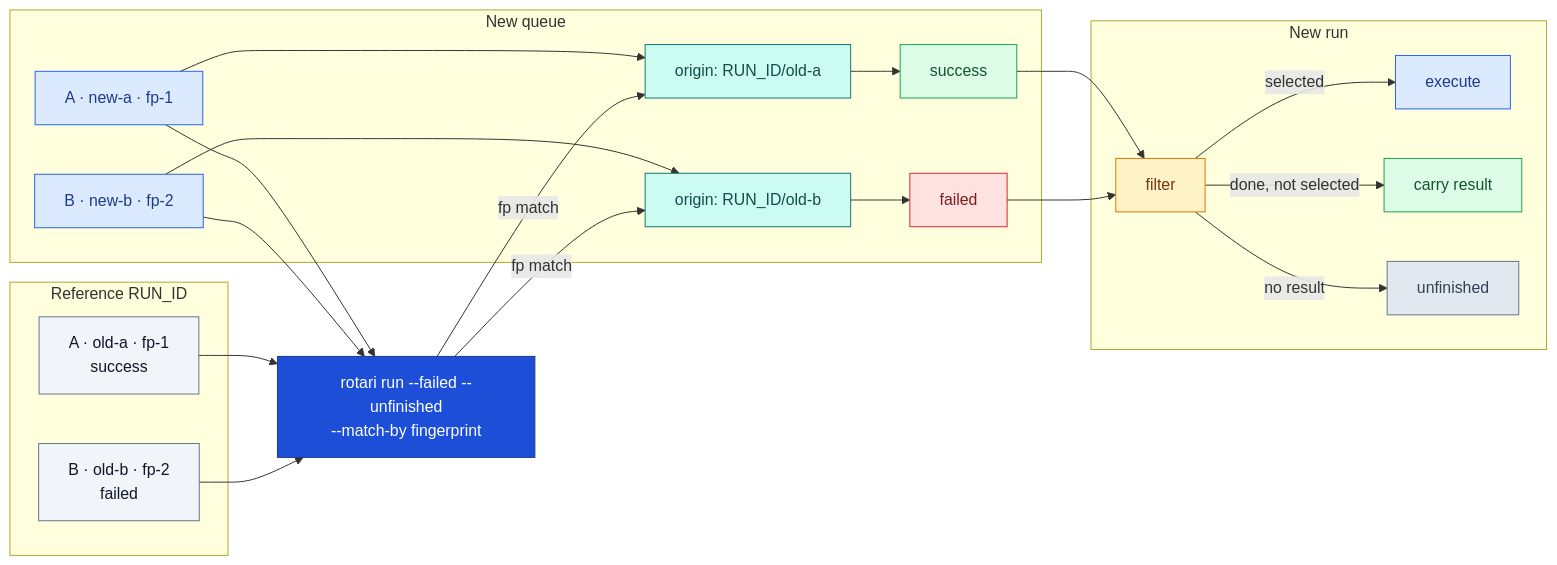
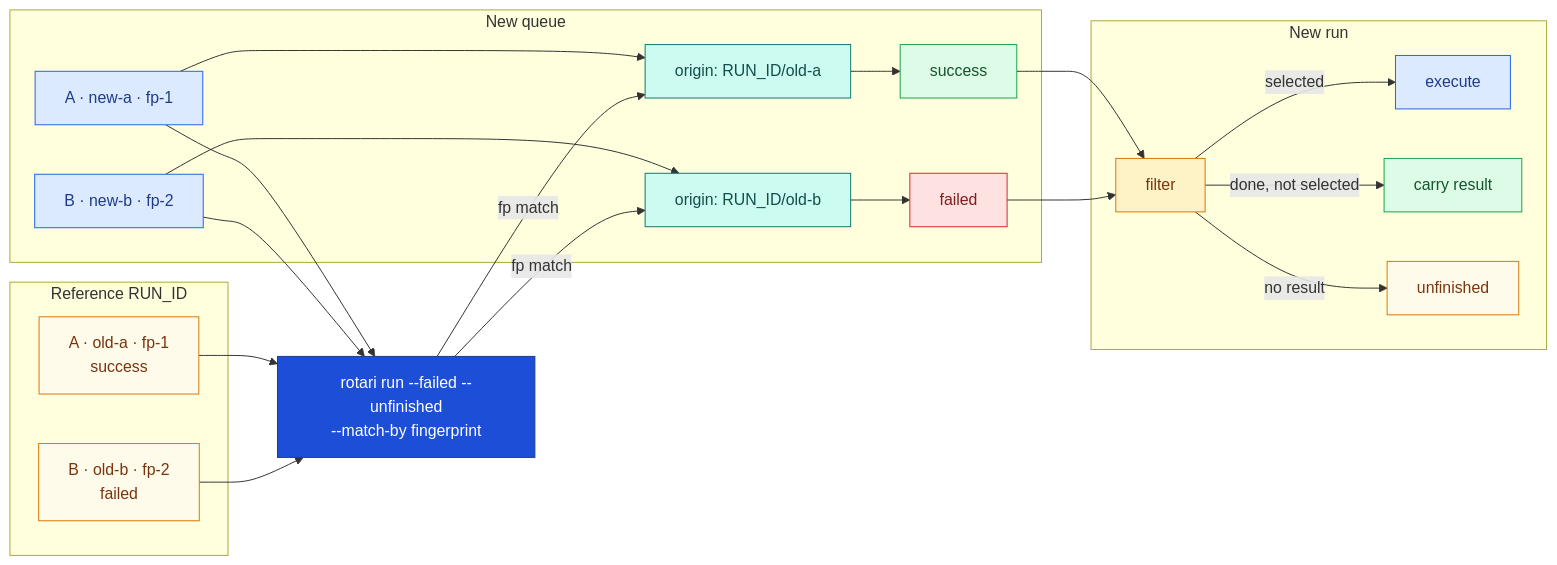
Before and after one commit to kamo-naoyuki/rotari: the second of 3 diagrams in docs/RUNNING.md, drawn with Mermaid. The commit also changed other lines of this file, not shown here.

Commit message:
docs: unify muted mermaid node colors

````diff
--- a/docs/RUNNING.md
+++ b/docs/RUNNING.md
@@ -310,57 +310,57 @@
 ```mermaid
 flowchart LR
   subgraph ReferenceRun["Reference RUN_ID"]
     SourceA["A · old-a · fp-1<br/>success"]
     SourceB["B · old-b · fp-2<br/>failed"]
   end
 
   RunCmd["rotari run --failed --unfinished<br/>--match-by fingerprint"]
 
   subgraph NewQueue["New queue"]
     NewA["A · new-a · fp-1"]
     NewB["B · new-b · fp-2"]
     OriginA["origin: RUN_ID/old-a"]
     OriginB["origin: RUN_ID/old-b"]
     StatusA["success"]
     StatusB["failed"]
     NewA --> OriginA --> StatusA
     NewB --> OriginB --> StatusB
   end
 
   SourceA --> RunCmd
   SourceB --> RunCmd
   NewA --> RunCmd
   NewB --> RunCmd
   RunCmd -->|"fp match"| OriginA
   RunCmd -->|"fp match"| OriginB
   StatusA --> Filter
   StatusB --> Filter
 
   subgraph NewRun["New run"]
     Filter["filter"]
     Filter -->|"selected"| Execute["execute"]
     Filter -->|"done, not selected"| Carry["carry result"]
     Filter -->|"no result"| Unfinished["unfinished"]
   end
 
-  classDef source fill:#f1f5f9,stroke:#64748b,color:#0f172a
+  classDef source fill:#fffbeb,stroke:#d97706,color:#78350f
   classDef queue fill:#dbeafe,stroke:#2563eb,color:#1e3a8a
   classDef origin fill:#ccfbf1,stroke:#0f766e,color:#134e4a
   classDef filter fill:#fef3c7,stroke:#d97706,color:#78350f
   classDef execute fill:#dbeafe,stroke:#2563eb,color:#1e3a8a
   classDef carried fill:#dcfce7,stroke:#16a34a,color:#14532d
-  classDef unfinished fill:#e2e8f0,stroke:#64748b,color:#334155
+  classDef unfinished fill:#fffbeb,stroke:#d97706,color:#78350f
   classDef command fill:#1d4ed8,stroke:#1e3a8a,color:#ffffff
   classDef success fill:#dcfce7,stroke:#16a34a,color:#14532d
   classDef failed fill:#fee2e2,stroke:#dc2626,color:#7f1d1d
   class SourceA,SourceB source
   class NewA,NewB queue
   class OriginA,OriginB origin
   class StatusA success
   class StatusB failed
   class RunCmd command
   class Filter filter
   class Execute execute
   class Carry carried
   class Unfinished unfinished
 ```
````
